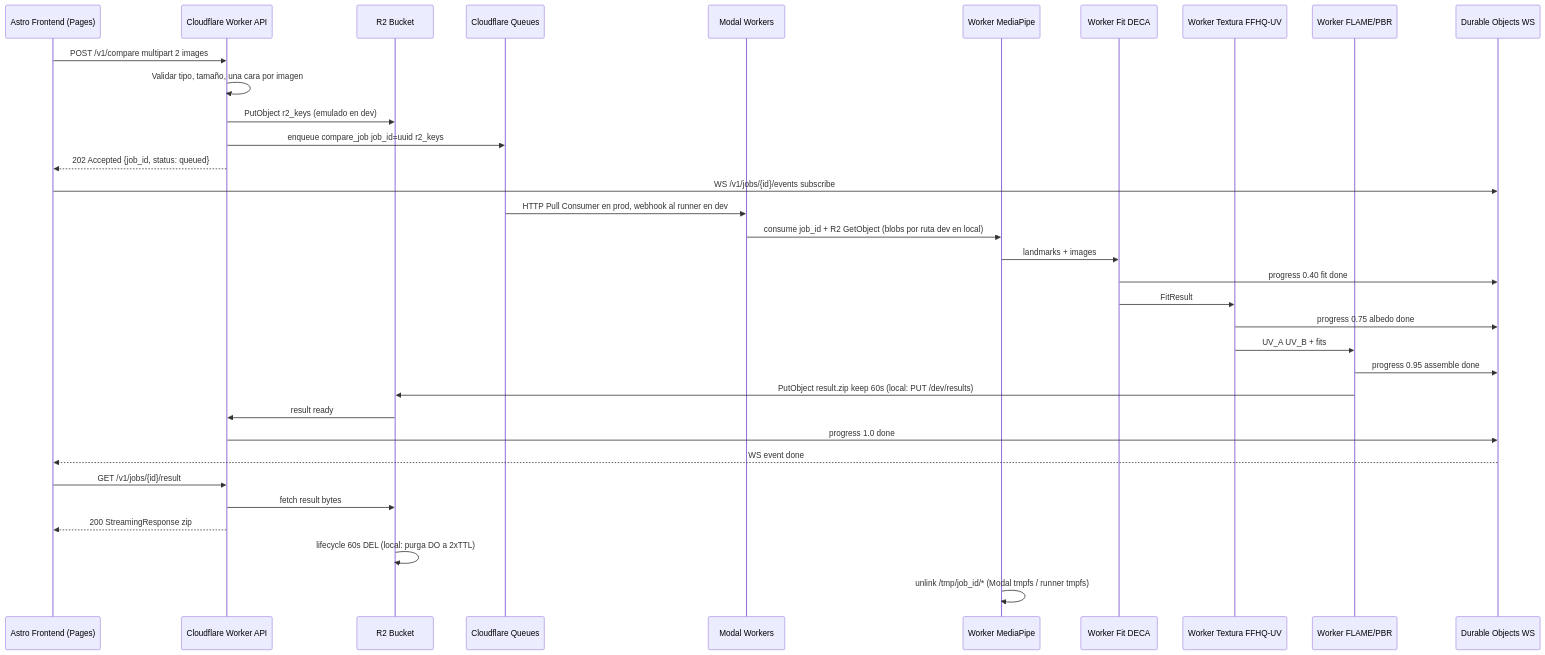
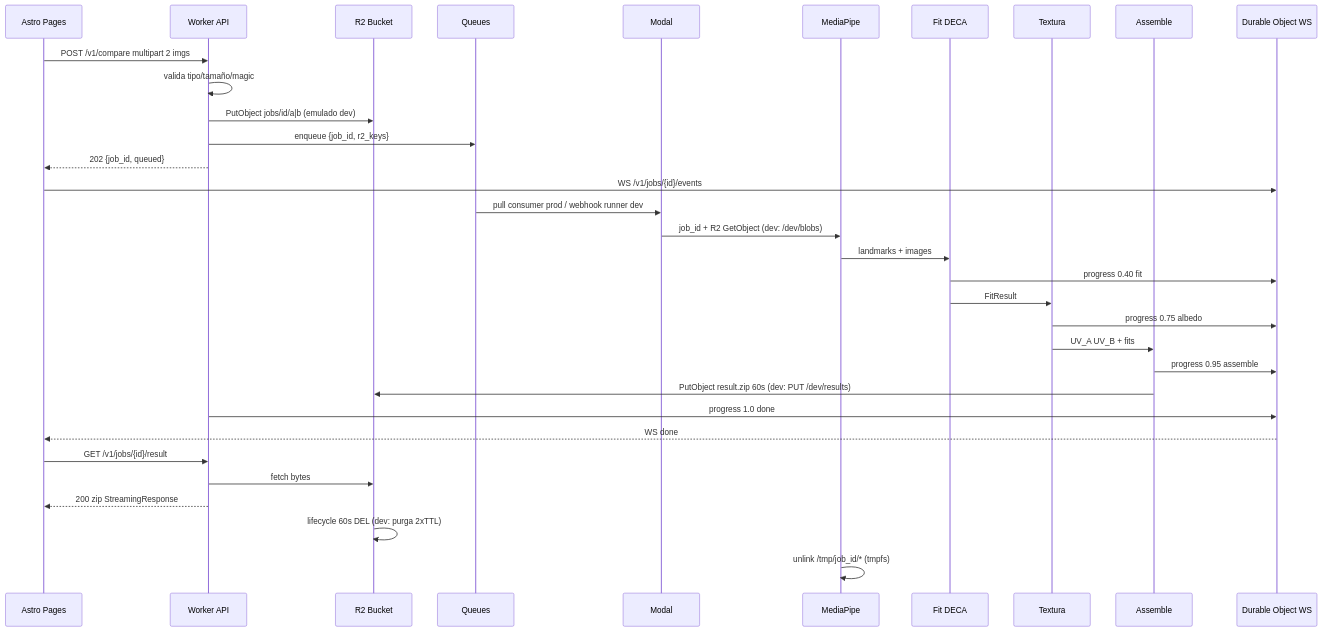
One commit to dinoesau/vultus changed the fourth of 4 diagrams in PIPELINE.md. Above: the diagram before and after it, drawn with Mermaid. The commit also changed other lines of this file and 6 other files, not shown here.

````diff
--- a/PIPELINE.md
+++ b/PIPELINE.md
@@ -112,37 +87,35 @@
 ```mermaid
 sequenceDiagram
-    participant FE as Astro Frontend (Pages)
-    participant CF as Cloudflare Worker API
+    participant FE as Astro Pages
+    participant CF as Worker API
     participant R2 as R2 Bucket
-    participant Q as Cloudflare Queues
-    participant MO as Modal Workers
-    participant W1 as Worker MediaPipe
-    participant W2 as Worker Fit DECA
-    participant W3 as Worker Textura FFHQ-UV
-    participant W4 as Worker FLAME/PBR
-    participant DO as Durable Objects WS
-
-    FE->>CF: POST /v1/compare multipart 2 images
-    CF->>CF: Validar tipo, tamaño, una cara por imagen
-    CF->>R2: PutObject r2_keys (emulado en dev)
-    CF->>Q: enqueue compare_job job_id=uuid r2_keys
-    CF-->>FE: 202 Accepted {job_id, status: queued}
-    FE->>DO: WS /v1/jobs/{id}/events subscribe
-    Q->>MO: HTTP Pull Consumer en prod, webhook al runner en dev
-    MO->>W1: consume job_id + R2 GetObject (blobs por ruta dev en local)
+    participant Q as Queues
+    participant MO as Modal
+    participant W1 as MediaPipe
+    participant W2 as Fit DECA
+    participant W3 as Textura
+    participant W4 as Assemble
+    participant DO as Durable Object WS
+    FE->>CF: POST /v1/compare multipart 2 imgs
+    CF->>CF: valida tipo/tamaño/magic
+    CF->>R2: PutObject jobs/id/a|b (emulado dev)
+    CF->>Q: enqueue {job_id, r2_keys}
+    CF-->>FE: 202 {job_id, queued}
+    FE->>DO: WS /v1/jobs/{id}/events
+    Q->>MO: pull consumer prod / webhook runner dev
+    MO->>W1: job_id + R2 GetObject (dev: /dev/blobs)
     W1->>W2: landmarks + images
-    W2->>DO: progress 0.40 fit done
+    W2->>DO: progress 0.40 fit
     W2->>W3: FitResult
-    W3->>DO: progress 0.75 albedo done
+    W3->>DO: progress 0.75 albedo
     W3->>W4: UV_A UV_B + fits
-    W4->>DO: progress 0.95 assemble done
-    W4->>R2: PutObject result.zip keep 60s (local: PUT /dev/results)
-    R2->>CF: result ready
+    W4->>DO: progress 0.95 assemble
+    W4->>R2: PutObject result.zip 60s (dev: PUT /dev/results)
     CF->>DO: progress 1.0 done
-    DO-->>FE: WS event done
+    DO-->>FE: WS done
     FE->>CF: GET /v1/jobs/{id}/result
-    CF->>R2: fetch result bytes
-    CF-->>FE: 200 StreamingResponse zip
-    R2->>R2: lifecycle 60s DEL (local: purga DO a 2xTTL)
-    W1->>W1: unlink /tmp/job_id/* (Modal tmpfs / runner tmpfs)
+    CF->>R2: fetch bytes
+    CF-->>FE: 200 zip StreamingResponse
+    R2->>R2: lifecycle 60s DEL (dev: purga 2xTTL)
+    W1->>W1: unlink /tmp/job_id/* (tmpfs)
 ```
````
